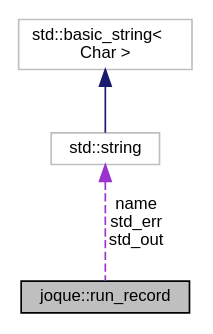
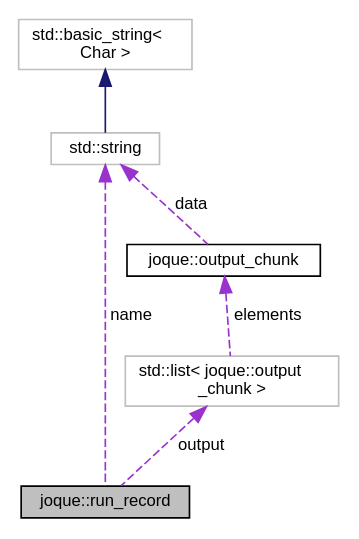
The diagram in structjoque_1_1run__record__coll__graph.dot (koniarik/joque), drawn with Graphviz before and after one commit. The commit also changed 202 other files, not shown here.

```diff
--- a/structjoque_1_1run__record__coll__graph.dot
+++ b/structjoque_1_1run__record__coll__graph.dot
@@ -1,11 +1,16 @@
 digraph "joque::run_record"
 {
  // LATEX_PDF_SIZE
   edge [fontname="Helvetica",fontsize="10",labelfontname="Helvetica",labelfontsize="10"];
   node [fontname="Helvetica",fontsize="10",shape=record];
   Node1 [label="joque::run_record",height=0.2,width=0.4,color="black", fillcolor="grey75", style="filled", fontcolor="black",tooltip="Record storing information about a run of one task, produced during single execution once for each ta..."];
-  Node2 -> Node1 [dir="back",color="darkorchid3",fontsize="10",style="dashed",label=" name\nstd_err\nstd_out" ,fontname="Helvetica"];
+  Node2 -> Node1 [dir="back",color="darkorchid3",fontsize="10",style="dashed",label=" name" ,fontname="Helvetica"];
   Node2 [label="std::string",height=0.2,width=0.4,color="grey75", fillcolor="white", style="filled",tooltip=" "];
   Node3 -> Node2 [dir="back",color="midnightblue",fontsize="10",style="solid",fontname="Helvetica"];
   Node3 [label="std::basic_string\<\l Char \>",height=0.2,width=0.4,color="grey75", fillcolor="white", style="filled",tooltip=" "];
+  Node4 -> Node1 [dir="back",color="darkorchid3",fontsize="10",style="dashed",label=" output" ,fontname="Helvetica"];
+  Node4 [label="std::list\< joque::output\l_chunk \>",height=0.2,width=0.4,color="grey75", fillcolor="white", style="filled",tooltip=" "];
+  Node5 -> Node4 [dir="back",color="darkorchid3",fontsize="10",style="dashed",label=" elements" ,fontname="Helvetica"];
+  Node5 [label="joque::output_chunk",height=0.2,width=0.4,color="black", fillcolor="white", style="filled",URL="$structjoque_1_1output__chunk.html",tooltip=" "];
+  Node2 -> Node5 [dir="back",color="darkorchid3",fontsize="10",style="dashed",label=" data" ,fontname="Helvetica"];
 }
```
